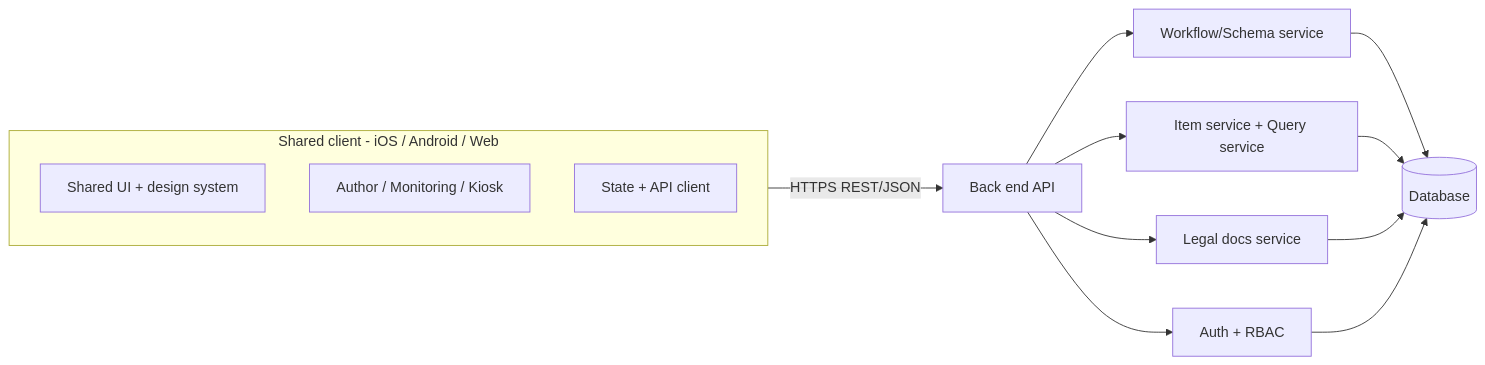
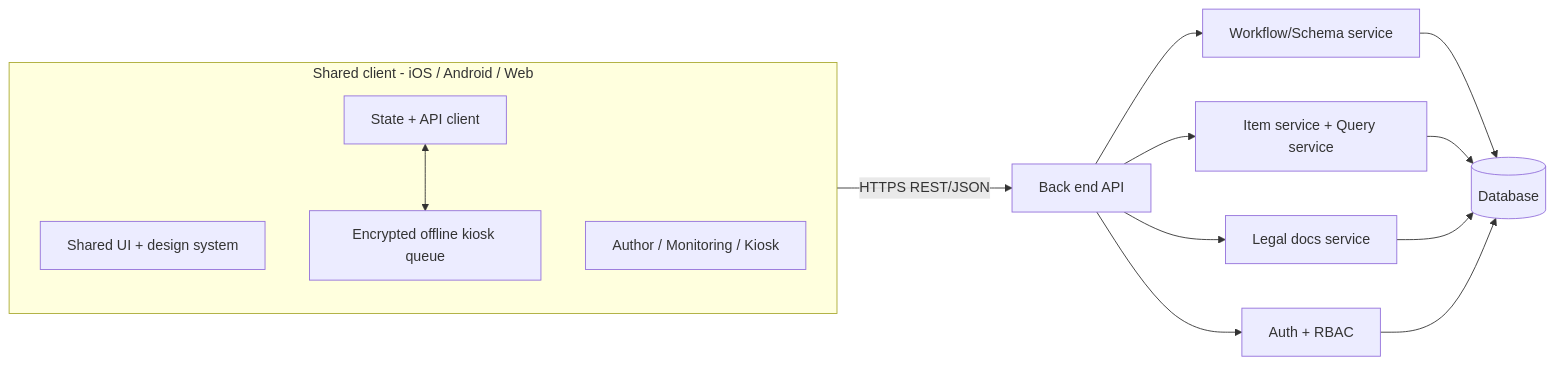
One commit to Octcetera/grasdo changed the first of 2 diagrams in design.md. Above: the diagram before and after it, drawn with Mermaid. The commit also changed other lines of this file, not shown here.

````diff
--- a/design.md
+++ b/design.md
@@ -74,17 +91,19 @@
 ```mermaid
 flowchart LR
   subgraph Client[Shared client - iOS / Android / Web]
     UI[Shared UI + design system]
     Modes[Author / Monitoring / Kiosk]
     Store[State + API client]
+    Queue[Encrypted offline kiosk queue]
+    Store <--> Queue
   end
   Client -->|HTTPS REST/JSON| API[Back end API]
   API --> Auth[Auth + RBAC]
   API --> Defs[Workflow/Schema service]
   API --> Items[Item service + Query service]
   API --> Legal[Legal docs service]
   Defs --> DB[(Database)]
   Items --> DB
   Legal --> DB
   Auth --> DB
 ```
````
